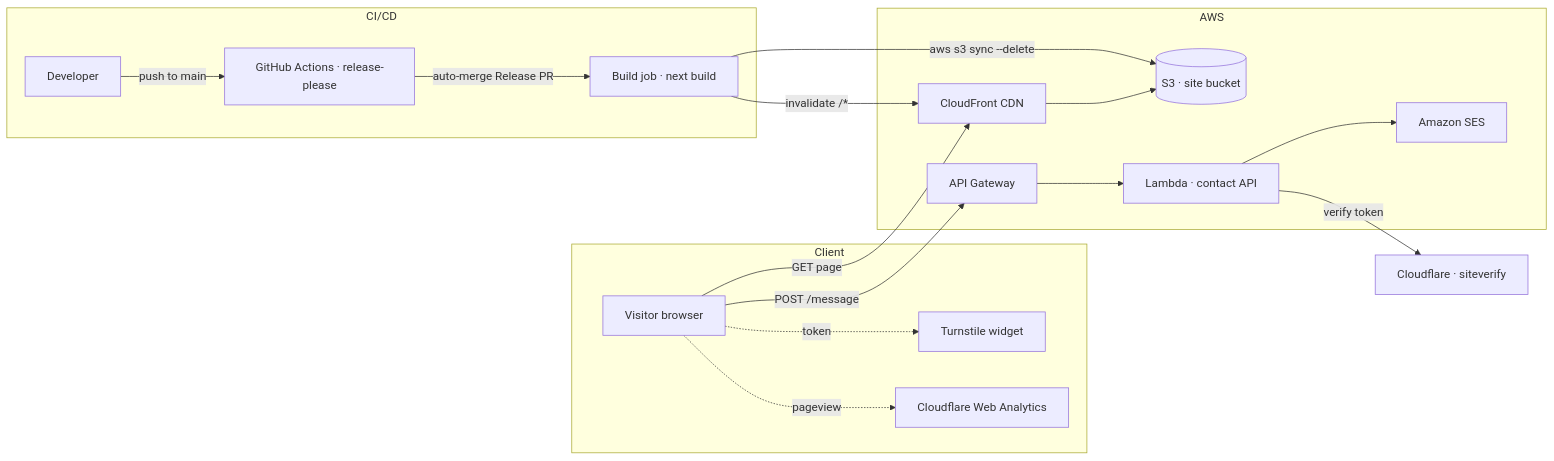
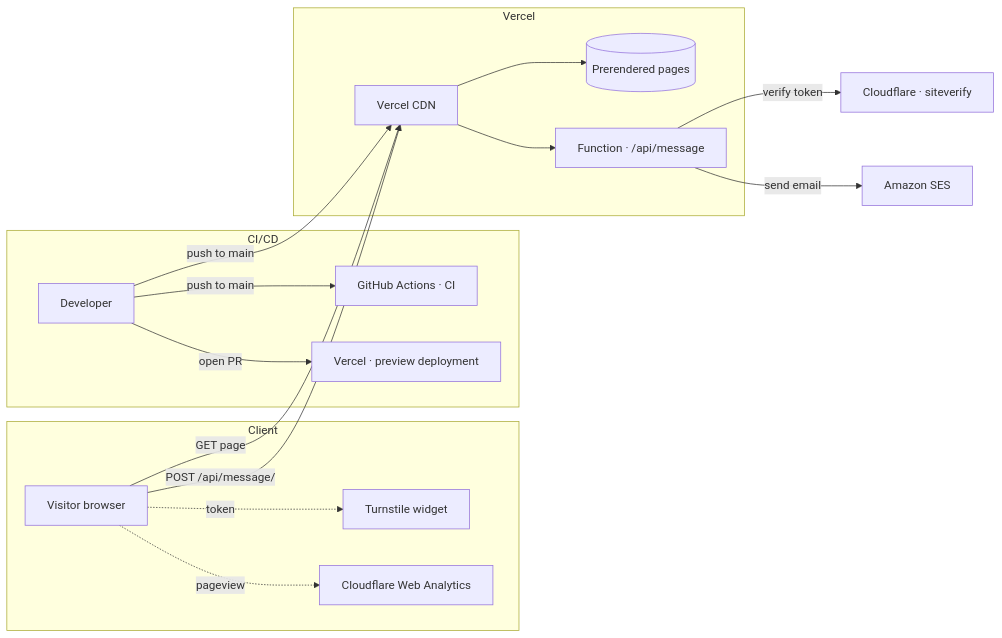
One commit to parammehta/portfolio changed the diagram in README.md. Above: the diagram before and after it, drawn with Mermaid. The commit also changed other lines of this file and 26 other files, not shown here.

````diff
--- a/README.md
+++ b/README.md
@@ -13,33 +13,32 @@
 ```mermaid
 flowchart LR
   subgraph client["Client"]
     Visitor["Visitor browser"]
     TS["Turnstile widget"]
     Analytics["Cloudflare Web Analytics"]
   end
 
   subgraph cicd["CI/CD"]
-    Dev["Developer"] -->|"push to main"| GH["GitHub Actions · release-please"]
-    GH -->|"auto-merge Release PR"| Build["Build job · next build"]
+    Dev["Developer"] -->|"push to main"| GH["GitHub Actions · CI"]
+    Dev -->|"open PR"| Preview["Vercel · preview deployment"]
   end
 
-  subgraph aws["AWS"]
-    CF["CloudFront CDN"]
-    S3[("S3 · site bucket")]
-    API["API Gateway"]
-    Lambda["Lambda · contact API"]
-    SES["Amazon SES"]
-    CF --> S3
-    API --> Lambda --> SES
+  subgraph vercel["Vercel"]
+    Edge["Vercel CDN"]
+    Pages[("Prerendered pages")]
+    Fn["Function · /api/message"]
+    Edge --> Pages
+    Edge --> Fn
   end
 
+  SES["Amazon SES"]
   CFV["Cloudflare · siteverify"]
 
-  Visitor -->|"GET page"| CF
+  Visitor -->|"GET page"| Edge
   Visitor -.->|"pageview"| Analytics
   Visitor -.->|"token"| TS
-  Visitor -->|"POST /message"| API
-  Lambda -->|"verify token"| CFV
-  Build -->|"aws s3 sync --delete"| S3
-  Build -->|"invalidate /*"| CF
+  Visitor -->|"POST /api/message/"| Edge
+  Fn -->|"verify token"| CFV
+  Fn -->|"send email"| SES
+  Dev -->|"push to main"| Edge
 ```
````
